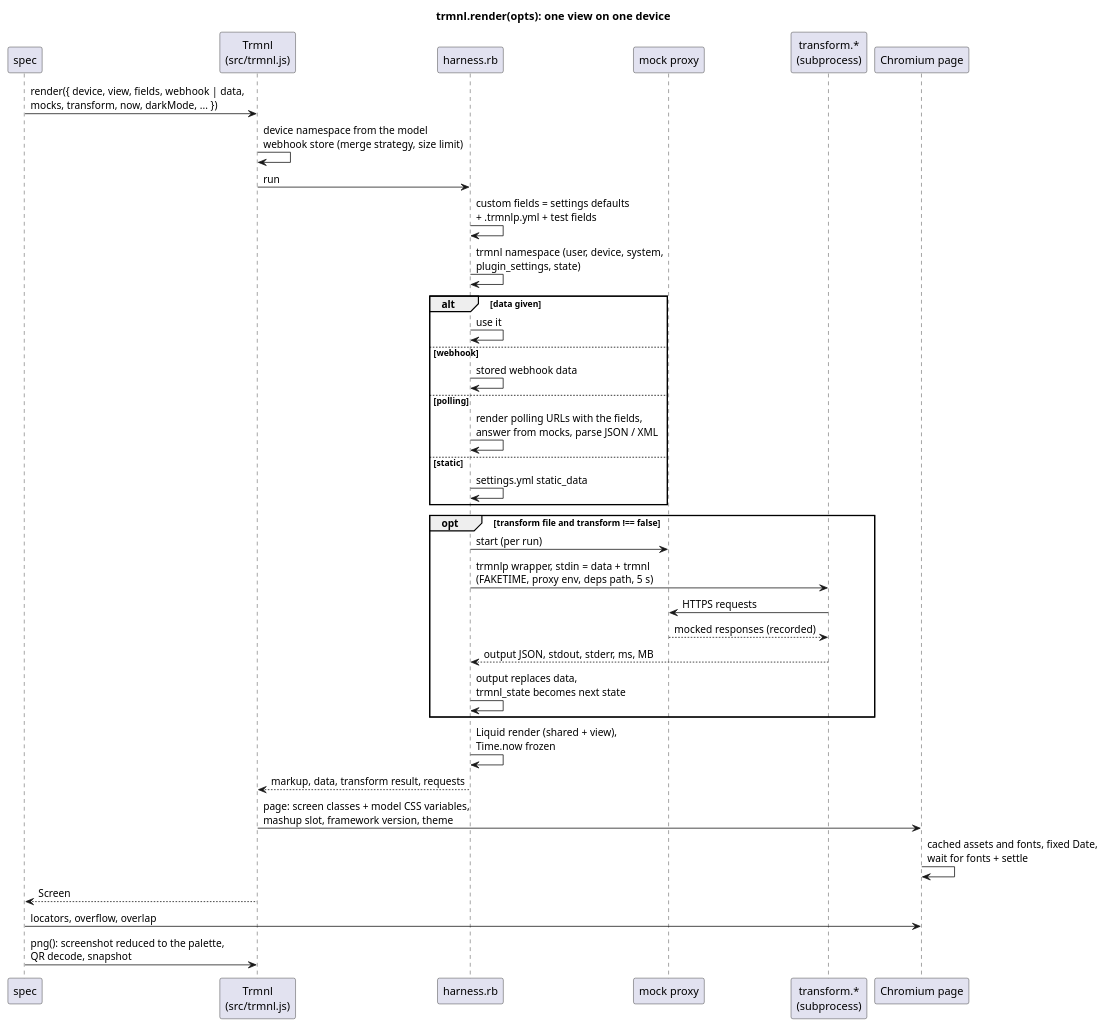
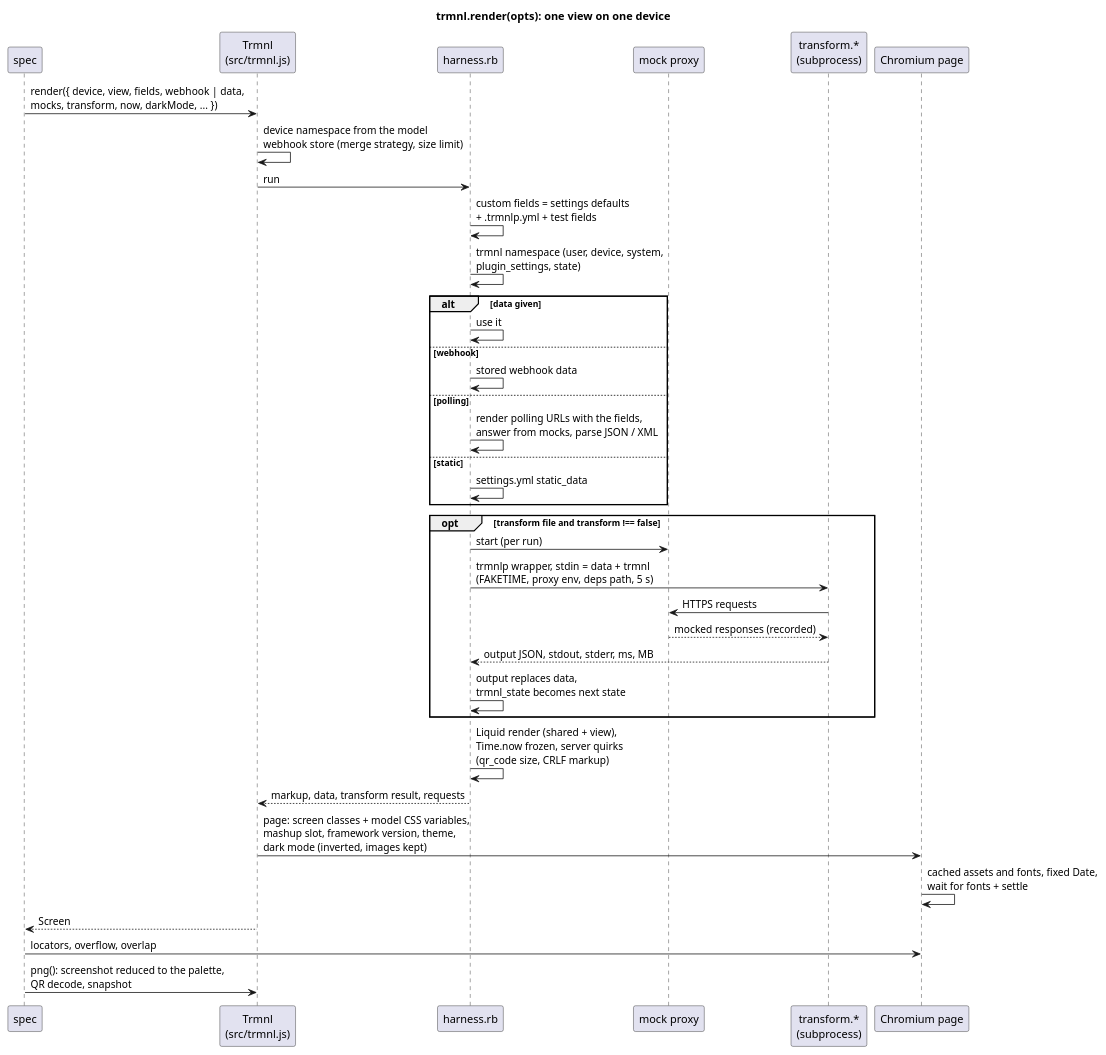
Before and after one commit to ExcuseMi/trmnlp-test: the diagram in docs/render.puml, drawn with PlantUML. The commit also changed 35 other files, not shown here.

First line of the commit message:
Dark mode as the server shows it, server quirks, visible-text check

```diff
--- a/docs/render.puml
+++ b/docs/render.puml
@@ -1,42 +1,42 @@
 @startuml render
 title trmnl.render(opts): one view on one device
 skinparam shadowing false
 skinparam sequenceMessageAlign left
 
 participant "spec" as spec
 participant "Trmnl\n(src/trmnl.js)" as t
 participant "harness.rb" as h
 participant "mock proxy" as p
 participant "transform.*\n(subprocess)" as tx
 participant "Chromium page" as c
 
 spec -> t : render({ device, view, fields, webhook | data,\nmocks, transform, now, darkMode, ... })
 t -> t : device namespace from the model\nwebhook store (merge strategy, size limit)
 t -> h : run
 h -> h : custom fields = settings defaults\n+ .trmnlp.yml + test fields
 h -> h : trmnl namespace (user, device, system,\nplugin_settings, state)
 alt data given
   h -> h : use it
 else webhook
   h -> h : stored webhook data
 else polling
   h -> h : render polling URLs with the fields,\nanswer from mocks, parse JSON / XML
 else static
   h -> h : settings.yml static_data
 end
 opt transform file and transform !== false
   h -> p : start (per run)
   h -> tx : trmnlp wrapper, stdin = data + trmnl\n(FAKETIME, proxy env, deps path, 5 s)
   tx -> p : HTTPS requests
   p --> tx : mocked responses (recorded)
   tx --> h : output JSON, stdout, stderr, ms, MB
   h -> h : output replaces data,\ntrmnl_state becomes next state
 end
-h -> h : Liquid render (shared + view),\nTime.now frozen
+h -> h : Liquid render (shared + view),\nTime.now frozen, server quirks\n(qr_code size, CRLF markup)
 h --> t : markup, data, transform result, requests
-t -> c : page: screen classes + model CSS variables,\nmashup slot, framework version, theme
+t -> c : page: screen classes + model CSS variables,\nmashup slot, framework version, theme,\ndark mode (inverted, images kept)
 c -> c : cached assets and fonts, fixed Date,\nwait for fonts + settle
 t --> spec : Screen
 spec -> c : locators, overflow, overlap
 spec -> t : png(): screenshot reduced to the palette,\nQR decode, snapshot
 @enduml
```
